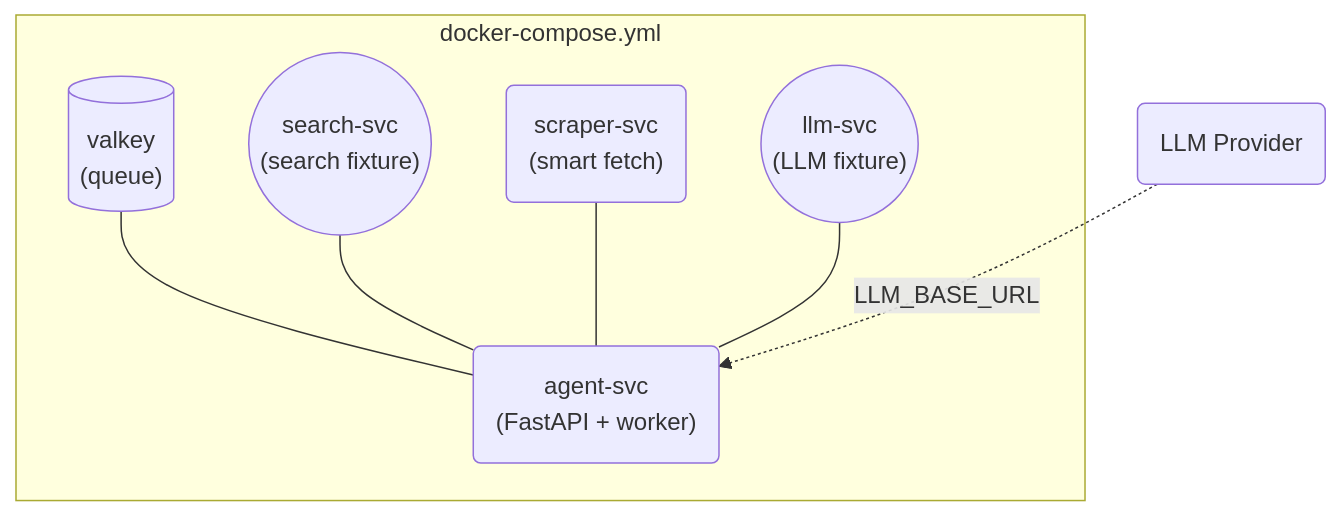
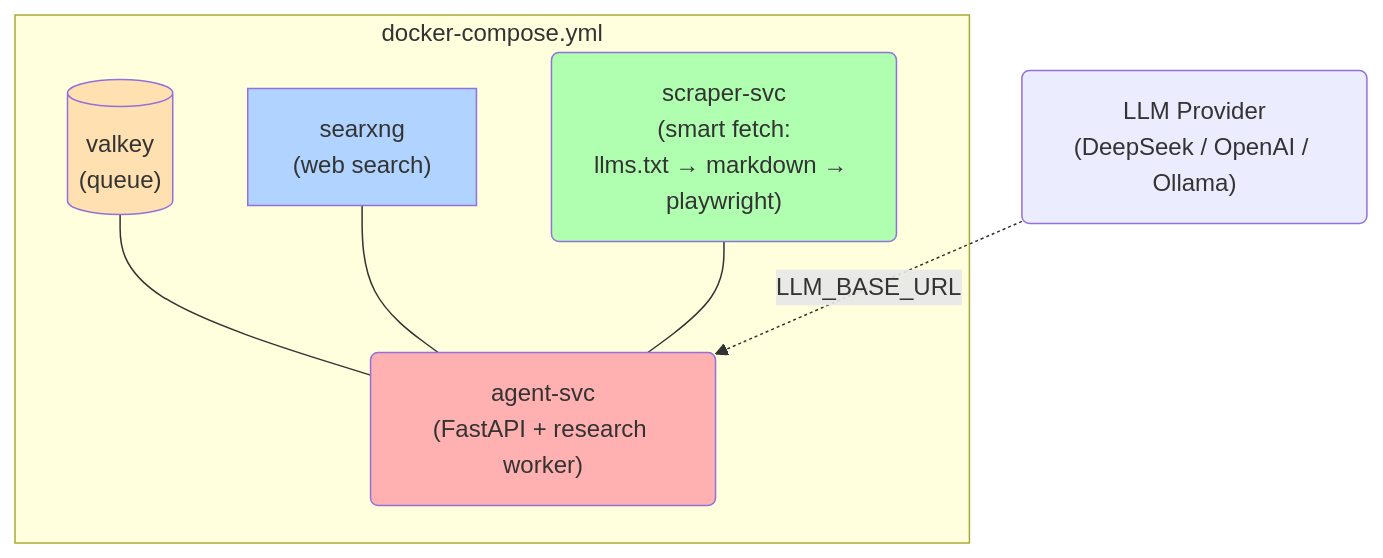
The diagram in README.md (Gerkinfeltser/groktocrawl), drawn with Mermaid before and after one commit. The commit also changed other lines of this file and 1 other file, not shown here.

````diff
--- a/README.md
+++ b/README.md
@@ -65,16 +52,19 @@
 ```mermaid
 flowchart TD
     subgraph compose["docker-compose.yml"]
         valkey[("valkey<br/>(queue)")]
-        search(("search-svc<br/>(search fixture)"))
-        llm(("llm-svc<br/>(LLM fixture)"))
-        scraper("scraper-svc<br/>(smart fetch)")
-        agent("agent-svc<br/>(FastAPI + worker)")
+        searxng["searxng<br/>(web search)"]
+        scraper("scraper-svc<br/>(smart fetch:<br/>llms.txt → markdown → playwright)")
+        agent("agent-svc<br/>(FastAPI + research worker)")
         valkey --- agent
-        search --- agent
+        searxng --- agent
         scraper --- agent
-        llm --- agent
     end
-    llm_provider("LLM Provider")
+    llm_provider("LLM Provider<br/>(DeepSeek / OpenAI / Ollama)")
     llm_provider -.->|LLM_BASE_URL| agent
+
+    style valkey fill:#ffe0b0
+    style searxng fill:#b0d4ff
+    style scraper fill:#b0ffb0
+    style agent fill:#ffb0b0
 ```
````
